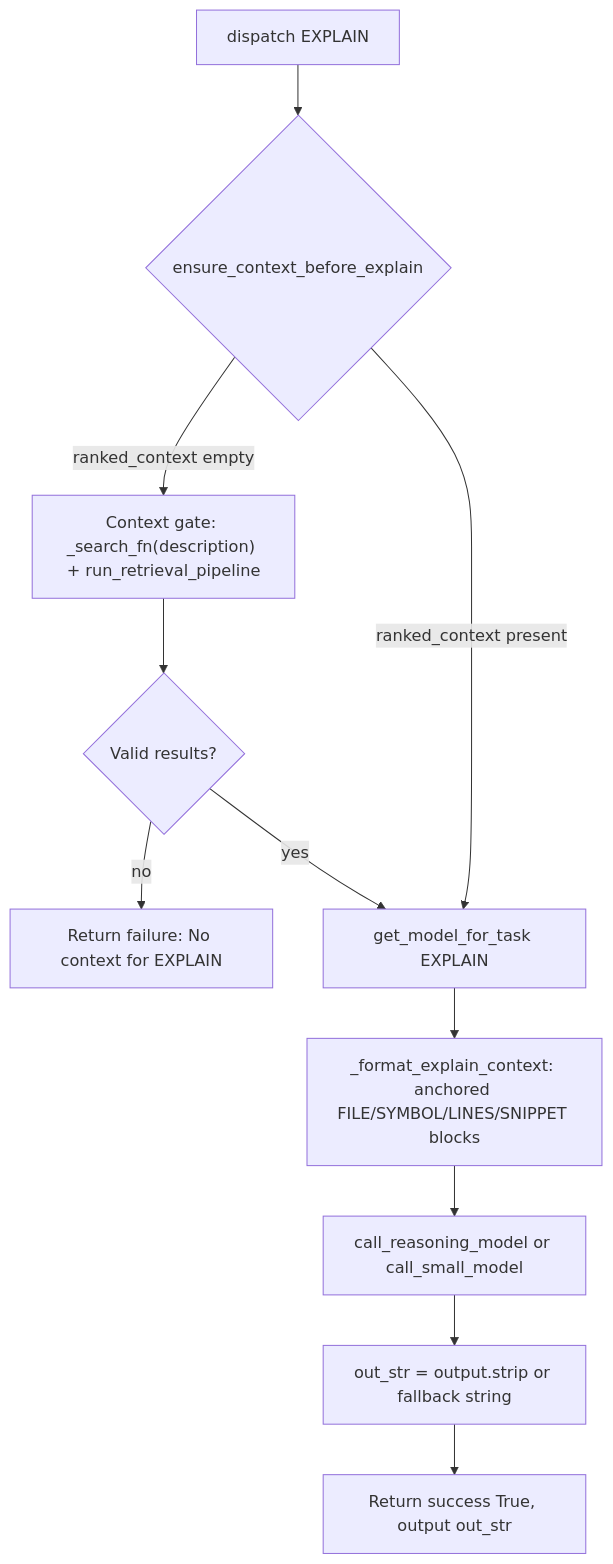
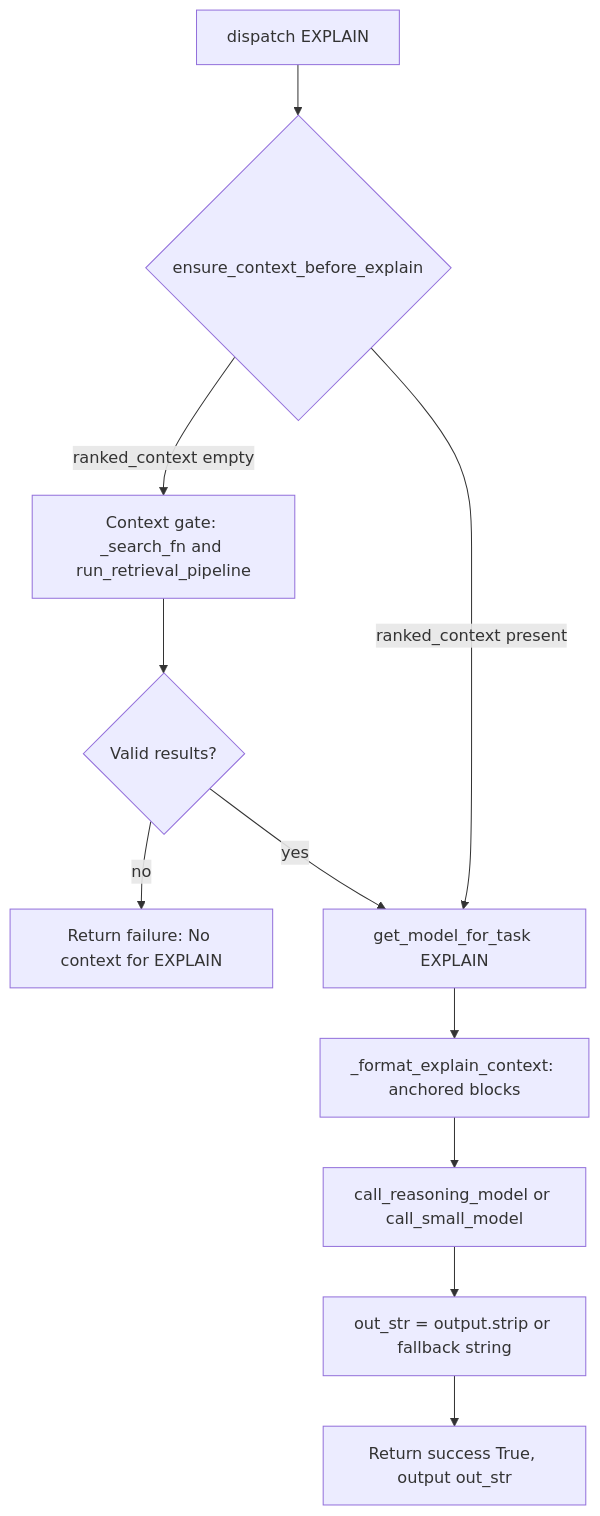
The seventh of 9 diagrams in Docs/AGENT_LOOP_WORKFLOW.md (Pugsy-Explores/AutoStudio), drawn with Mermaid before and after one commit. The commit also changed other lines of this file and 1 other file, not shown here.

First line of the commit message:
docs: fix Mermaid diagram syntax for proper rendering

````diff
--- a/Docs/AGENT_LOOP_WORKFLOW.md
+++ b/Docs/AGENT_LOOP_WORKFLOW.md
@@ -210,13 +211,13 @@
 ```mermaid
 flowchart TB
     X["dispatch EXPLAIN"] --> X0{"ensure_context_before_explain"}
-    X0 -->|ranked_context empty| XG["Context gate: _search_fn(description) + run_retrieval_pipeline"]
+    X0 -->|ranked_context empty| XG["Context gate: _search_fn and run_retrieval_pipeline"]
     XG --> XG2{"Valid results?"}
     XG2 -->|no| XF["Return failure: No context for EXPLAIN"]
     XG2 -->|yes| X1
     X0 -->|ranked_context present| X1["get_model_for_task EXPLAIN"]
-    X1 --> X2["_format_explain_context: anchored FILE/SYMBOL/LINES/SNIPPET blocks"]
+    X1 --> X2["_format_explain_context: anchored blocks"]
     X2 --> X3["call_reasoning_model or call_small_model"]
     X3 --> X4["out_str = output.strip or fallback string"]
     X4 --> X5["Return success True, output out_str"]
 ```
````
